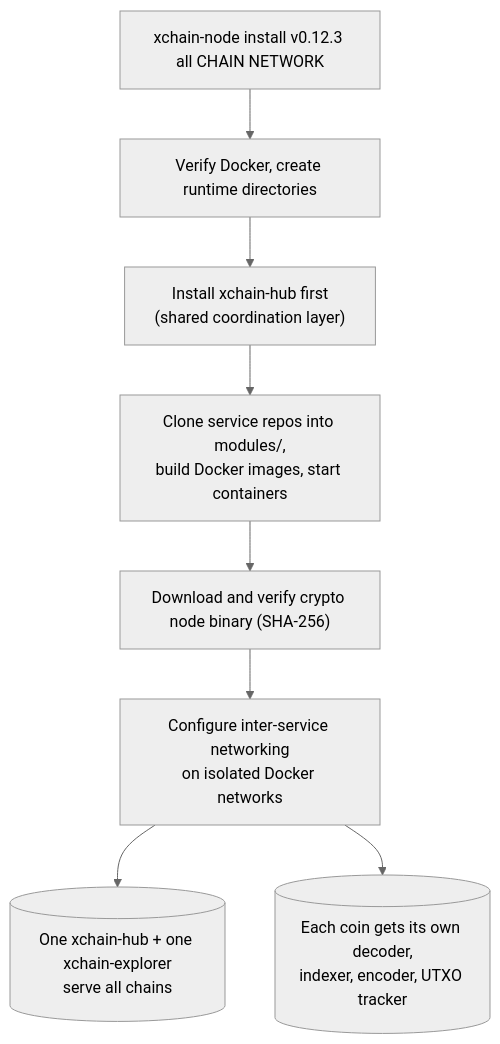
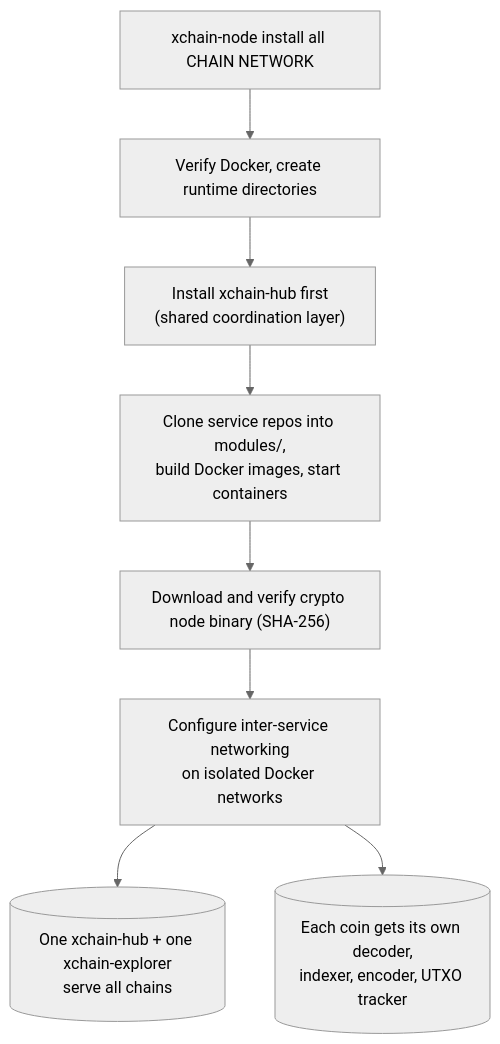
The diagram in getting-started/quickstart-node-operator.md (XChain-Platform/xchain-documentation), drawn with Mermaid (neutral theme) before and after one commit. The commit also changed other lines of this file and 38 other files, not shown here.

````diff
--- a/getting-started/quickstart-node-operator.md
+++ b/getting-started/quickstart-node-operator.md
@@ -117,10 +117,10 @@
 ```mermaid
 flowchart TD
-    A["xchain-node install v0.12.3 all CHAIN NETWORK"] --> B["Verify Docker, create runtime directories"]
+    A["xchain-node install all CHAIN NETWORK"] --> B["Verify Docker, create runtime directories"]
     B --> C["Install xchain-hub first<br>(shared coordination layer)"]
     C --> D["Clone service repos into modules/,<br>build Docker images, start containers"]
     D --> E["Download and verify crypto node binary (SHA-256)"]
     E --> F["Configure inter-service networking<br>on isolated Docker networks"]
     F --> G[("One xchain-hub + one xchain-explorer<br>serve all chains")]
     F --> H[("Each coin gets its own decoder,<br>indexer, encoder, UTXO tracker")]
 ```
````
